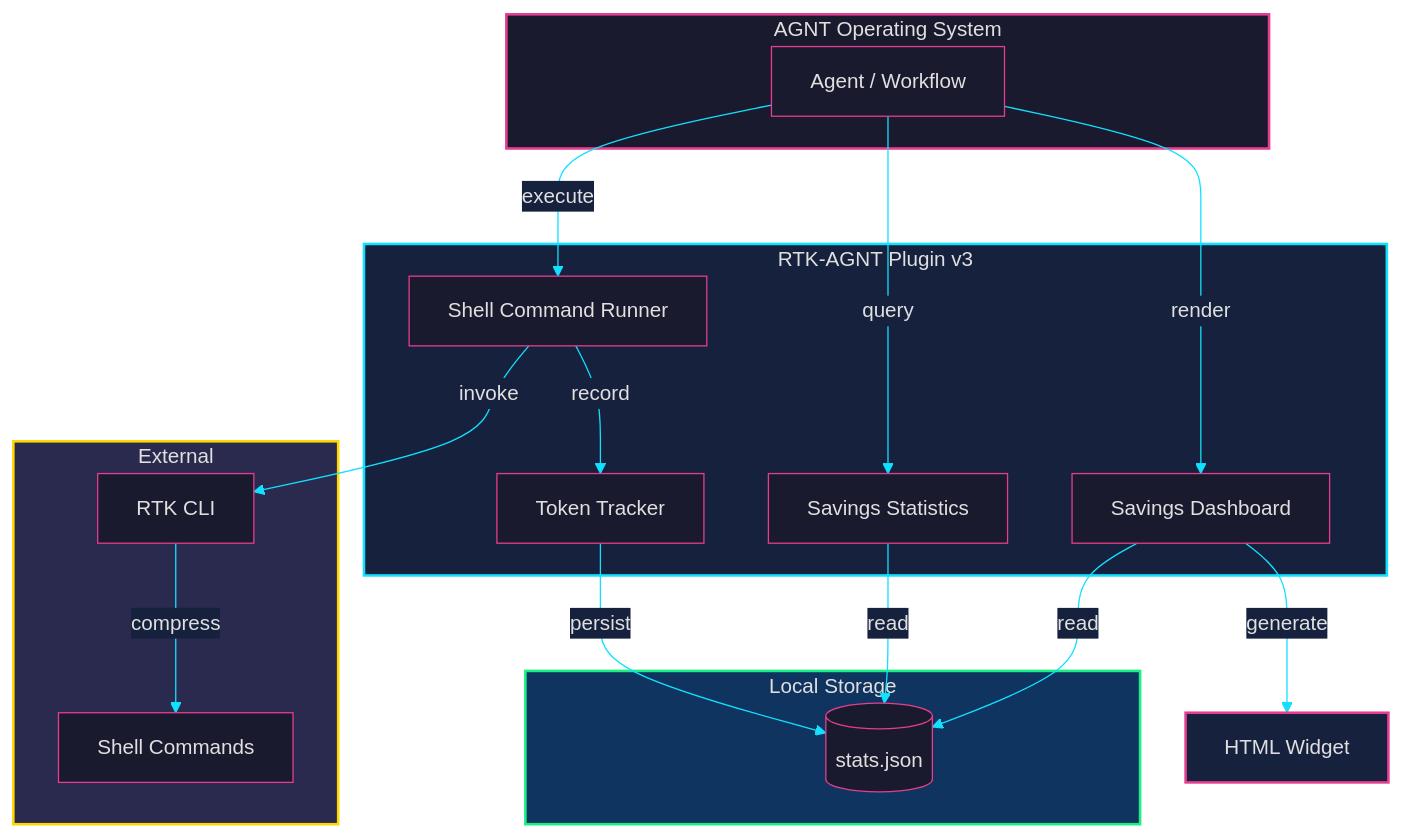
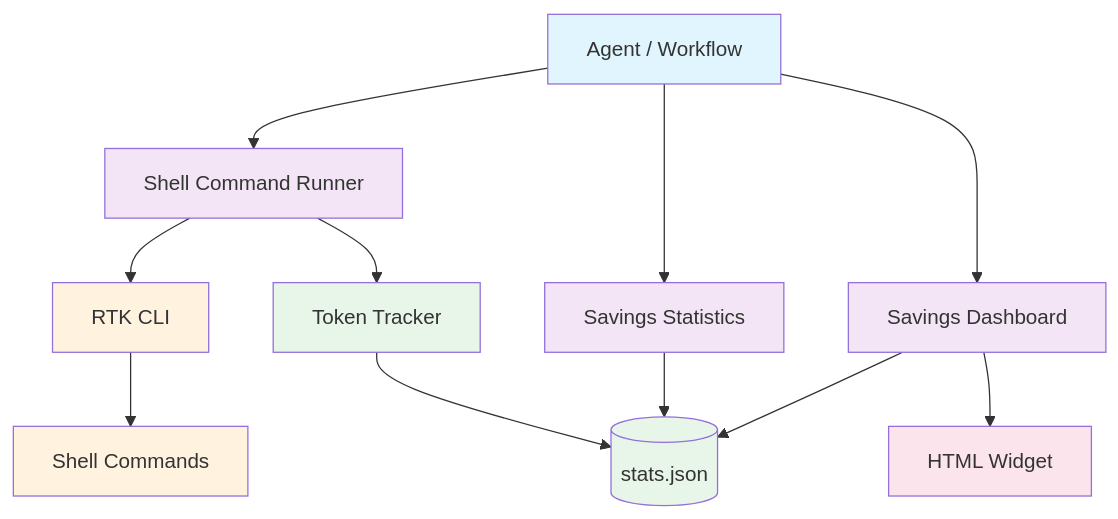
Before and after one commit to unRekable/rtk-agnt-integration: the first of 2 diagrams in README.md, drawn with Mermaid. The commit also changed other lines of this file, not shown here.

Commit message:
fix: revert mermaid to working light theme

````diff
--- a/README.md
+++ b/README.md
@@ -13,40 +13,23 @@
 ```mermaid
-%%{init: {'theme': 'base', 'themeVariables': { 'primaryColor': '#1a1a2e', 'primaryTextColor': '#e0e0e0', 'primaryBorderColor': '#e53d8f', 'lineColor': '#12e0ff', 'secondaryColor': '#16213e', 'tertiaryColor': '#0f3460', 'background': '#1a1a2e'}}}%%
 graph TD
-    subgraph AGNT["AGNT Operating System"]
-        A[Agent / Workflow]
-    end
+    A[Agent / Workflow] --> B[Shell Command Runner]
+    A --> C[Savings Statistics]
+    A --> D[Savings Dashboard]
+    B --> E[RTK CLI]
+    E --> F[Shell Commands]
+    B --> G[Token Tracker]
+    G --> H[(stats.json)]
+    C --> H
+    D --> H
+    D --> I[HTML Widget]
 
-    subgraph Plugin["RTK-AGNT Plugin v3"]
-        B[Shell Command Runner]
-        C[Savings Statistics]
-        D[Savings Dashboard]
-        F[Token Tracker]
-    end
-
-    subgraph Persistence["Local Storage"]
-        G[(stats.json)]
-    end
-
-    subgraph External["External"]
-        E[RTK CLI]
-        H[Shell Commands]
-    end
-
-    A -->|execute| B
-    A -->|query| C
-    A -->|render| D
-    B -->|invoke| E
-    E -->|compress| H
-    B -->|record| F
-    F -->|persist| G
-    C -->|read| G
-    D -->|read| G
-    D -->|generate| I[HTML Widget]
-
-    style AGNT fill:#1a1a2e,stroke:#e53d8f,stroke-width:2px,color:#e0e0e0
-    style Plugin fill:#16213e,stroke:#12e0ff,stroke-width:2px,color:#e0e0e0
-    style Persistence fill:#0f3460,stroke:#19ef83,stroke-width:2px,color:#e0e0e0
-    style External fill:#2a2a4e,stroke:#ffd700,stroke-width:2px,color:#e0e0e0
-    style I fill:#16213e,stroke:#e53d8f,stroke-width:2px,color:#e0e0e0
+    style A fill:#e1f5fe
+    style B fill:#f3e5f5
+    style C fill:#f3e5f5
+    style D fill:#f3e5f5
+    style E fill:#fff3e0
+    style F fill:#fff3e0
+    style G fill:#e8f5e9
+    style H fill:#e8f5e9
+    style I fill:#fce4ec
 ```
````
